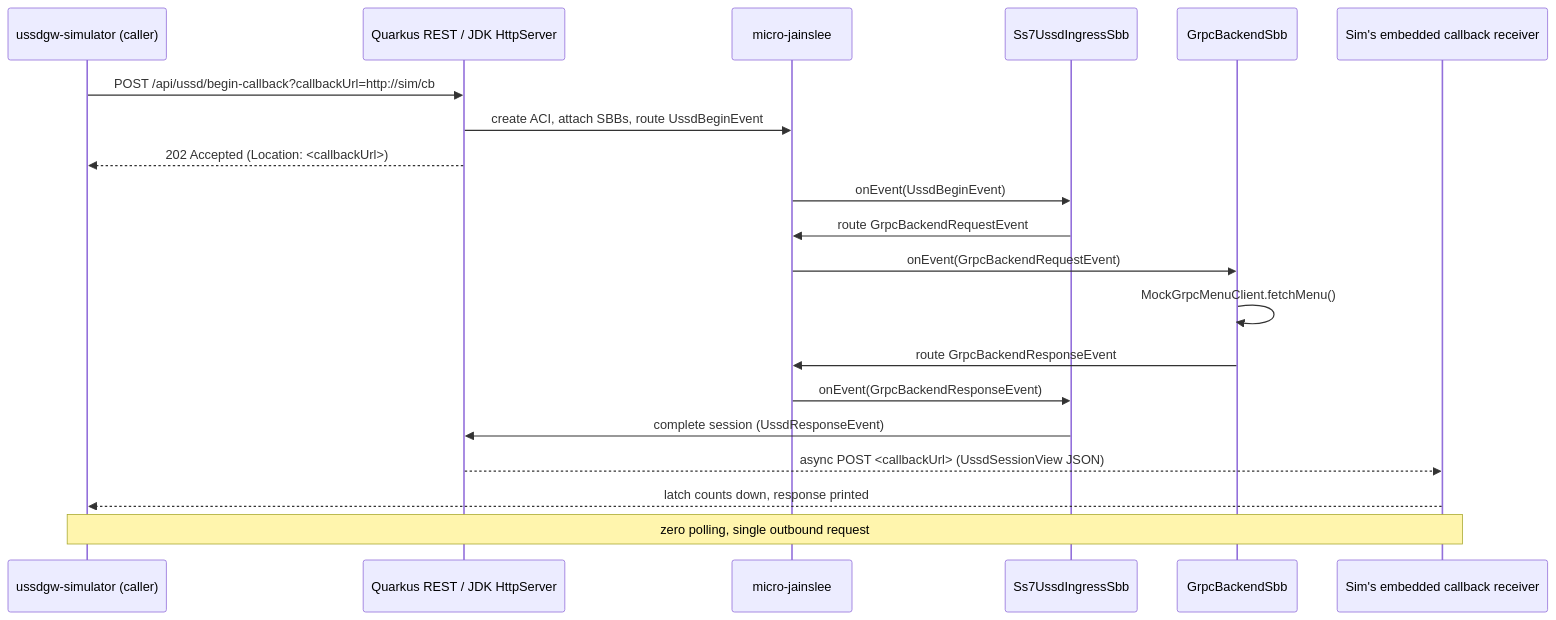
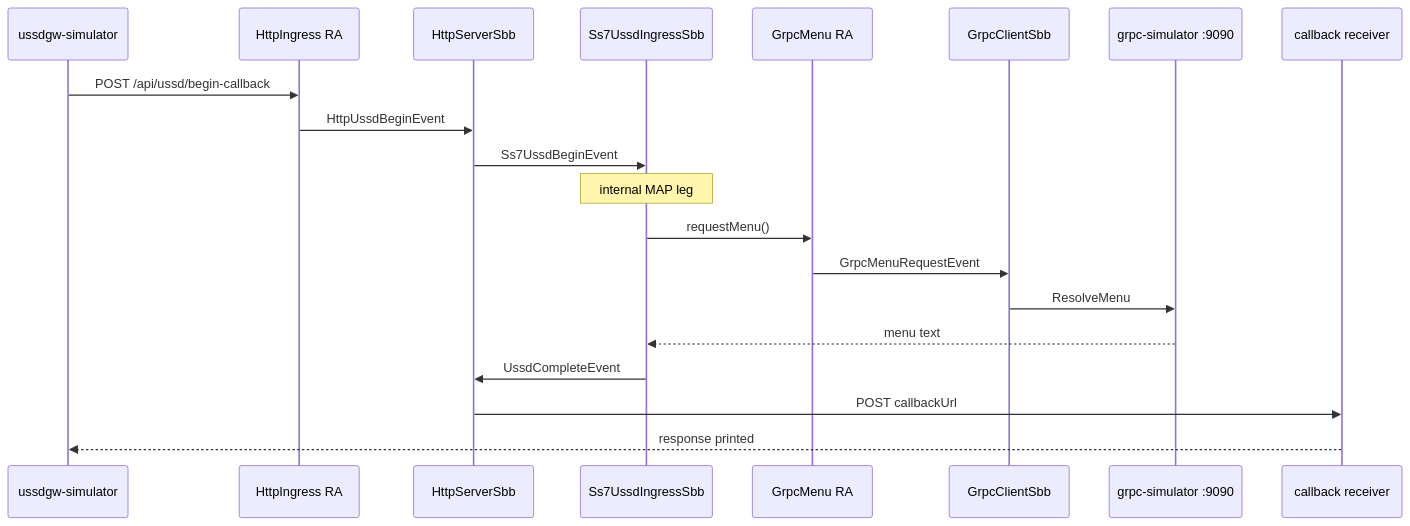
Before and after one commit to nhanth87/jain-slee: the diagram in example/README.md, drawn with Mermaid. The commit also changed other lines of this file and 131 other files, not shown here.

````diff
--- a/example/README.md
+++ b/example/README.md
@@ -20,24 +52,23 @@
 ```mermaid
 sequenceDiagram
-    participant Sim as ussdgw-simulator (caller)
-    participant REST as Quarkus REST / JDK HttpServer
-    participant SLEE as micro-jainslee
+    participant GW as ussdgw-simulator
+    participant HRA as HttpIngress RA
+    participant HTTP as HttpServerSbb
     participant SS7 as Ss7UssdIngressSbb
-    participant GRPC as GrpcBackendSbb
-    participant CB as Sim's embedded callback receiver
+    participant GRA as GrpcMenu RA
+    participant GRPC as GrpcClientSbb
+    participant AS as grpc-simulator :9090
+    participant CB as callback receiver
 
-    Sim->>REST: POST /api/ussd/begin-callback?callbackUrl=http://sim/cb
-    REST->>SLEE: create ACI, attach SBBs, route UssdBeginEvent
-    REST-->>Sim: 202 Accepted (Location: <callbackUrl>)
-    SLEE->>SS7: onEvent(UssdBeginEvent)
-    SS7->>SLEE: route GrpcBackendRequestEvent
-    SLEE->>GRPC: onEvent(GrpcBackendRequestEvent)
-    GRPC->>GRPC: MockGrpcMenuClient.fetchMenu()
-    GRPC->>SLEE: route GrpcBackendResponseEvent
-    SLEE->>SS7: onEvent(GrpcBackendResponseEvent)
-    SS7->>REST: complete session (UssdResponseEvent)
-    REST-->>CB: async POST <callbackUrl> (UssdSessionView JSON)
-    CB-->>Sim: latch counts down, response printed
-
-    Note over Sim,CB: zero polling, single outbound request
+    GW->>HRA: POST /api/ussd/begin-callback
+    HRA->>HTTP: HttpUssdBeginEvent
+    HTTP->>SS7: Ss7UssdBeginEvent
+    Note over SS7: internal MAP leg
+    SS7->>GRA: requestMenu()
+    GRA->>GRPC: GrpcMenuRequestEvent
+    GRPC->>AS: ResolveMenu
+    AS-->>SS7: menu text
+    SS7->>HTTP: UssdCompleteEvent
+    HTTP->>CB: POST callbackUrl
+    CB-->>GW: response printed
 ```
````
